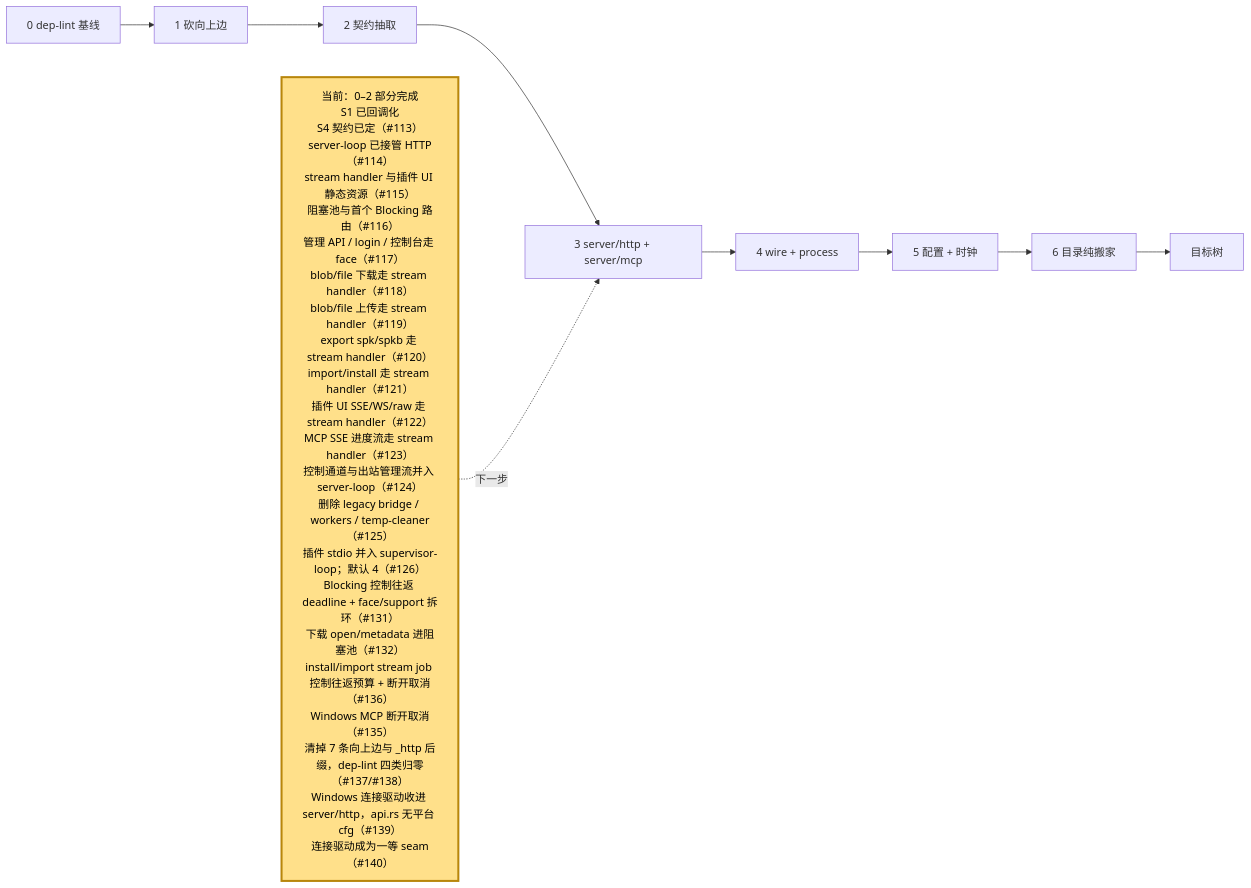
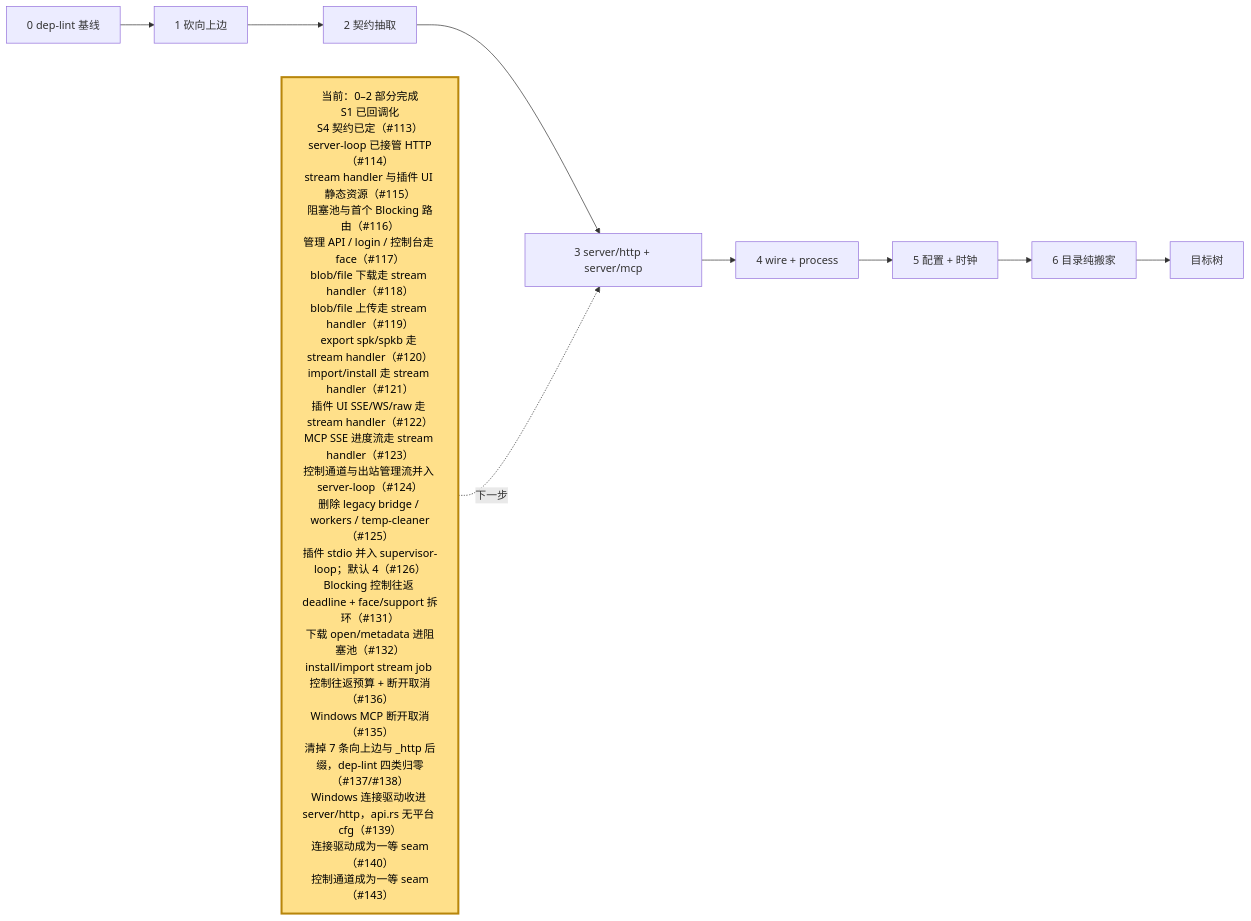
Before and after one commit to webxxxxx/plugin-manager: the fifth of 5 diagrams in docs/architecture.md, drawn with Mermaid. The commit also changed other lines of this file and 13 other files, not shown here.

````diff
--- a/docs/architecture.md
+++ b/docs/architecture.md
@@ -379,15 +379,15 @@
 ```mermaid
 flowchart LR
     S0["0 dep-lint 基线"] --> S1["1 砍向上边"]
     S1 --> S2["2 契约抽取"]
     S2 --> S3["3 server/http + server/mcp"]
     S3 --> S4["4 wire + process"]
     S4 --> S5["5 配置 + 时钟"]
     S5 --> S6["6 目录纯搬家"]
     S6 --> DONE["目标树"]
 
-    NOW["当前：0–2 部分完成<br/>S1 已回调化<br/>S4 契约已定（#113）<br/>server-loop 已接管 HTTP（#114）<br/>stream handler 与插件 UI 静态资源（#115）<br/>阻塞池与首个 Blocking 路由（#116）<br/>管理 API / login / 控制台走 face（#117）<br/>blob/file 下载走 stream handler（#118）<br/>blob/file 上传走 stream handler（#119）<br/>export spk/spkb 走 stream handler（#120）<br/>import/install 走 stream handler（#121）<br/>插件 UI SSE/WS/raw 走 stream handler（#122）<br/>MCP SSE 进度流走 stream handler（#123）<br/>控制通道与出站管理流并入 server-loop（#124）<br/>删除 legacy bridge / workers / temp-cleaner（#125）<br/>插件 stdio 并入 supervisor-loop；默认 4（#126）<br/>Blocking 控制往返 deadline + face/support 拆环（#131）<br/>下载 open/metadata 进阻塞池（#132）<br/>install/import stream job 控制往返预算 + 断开取消（#136）<br/>Windows MCP 断开取消（#135）<br/>清掉 7 条向上边与 _http 后缀，dep-lint 四类归零（#137/#138）<br/>Windows 连接驱动收进 server/http，api.rs 无平台 cfg（#139）<br/>连接驱动成为一等 seam（#140）"]:::current
+    NOW["当前：0–2 部分完成<br/>S1 已回调化<br/>S4 契约已定（#113）<br/>server-loop 已接管 HTTP（#114）<br/>stream handler 与插件 UI 静态资源（#115）<br/>阻塞池与首个 Blocking 路由（#116）<br/>管理 API / login / 控制台走 face（#117）<br/>blob/file 下载走 stream handler（#118）<br/>blob/file 上传走 stream handler（#119）<br/>export spk/spkb 走 stream handler（#120）<br/>import/install 走 stream handler（#121）<br/>插件 UI SSE/WS/raw 走 stream handler（#122）<br/>MCP SSE 进度流走 stream handler（#123）<br/>控制通道与出站管理流并入 server-loop（#124）<br/>删除 legacy bridge / workers / temp-cleaner（#125）<br/>插件 stdio 并入 supervisor-loop；默认 4（#126）<br/>Blocking 控制往返 deadline + face/support 拆环（#131）<br/>下载 open/metadata 进阻塞池（#132）<br/>install/import stream job 控制往返预算 + 断开取消（#136）<br/>Windows MCP 断开取消（#135）<br/>清掉 7 条向上边与 _http 后缀，dep-lint 四类归零（#137/#138）<br/>Windows 连接驱动收进 server/http，api.rs 无平台 cfg（#139）<br/>连接驱动成为一等 seam（#140）<br/>控制通道成为一等 seam（#143）"]:::current
     NOW -.->|下一步| S3
 
     classDef current fill:#ffe08a,stroke:#b8860b,stroke-width:3px,color:#000
 ```
````
